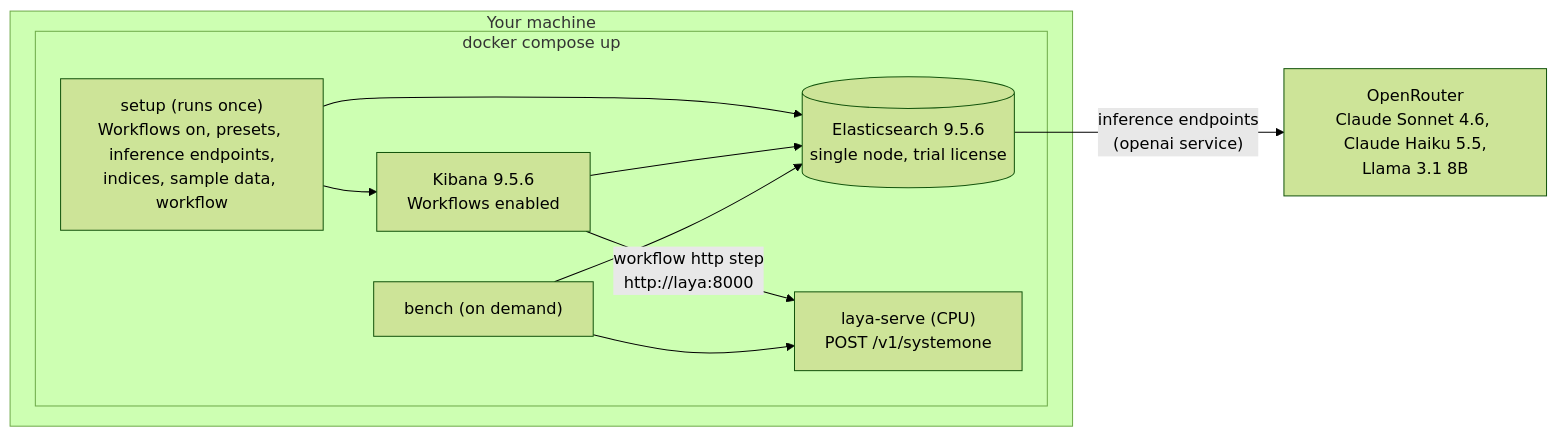
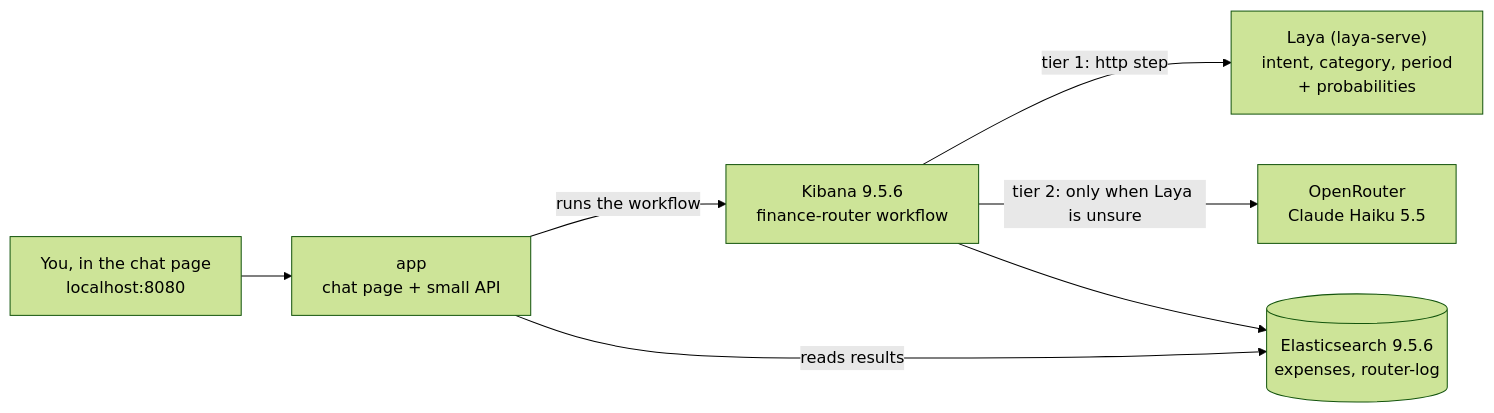
The first of 2 diagrams in README.md (Som23Git/two-tier-router-orchestration), drawn with Mermaid (forest theme) before and after one commit. The commit also changed other lines of this file and 11 other files, not shown here.

First line of the commit message:
Chat page, one-command start, benchmark tab and tutorial README

````diff
--- a/README.md
+++ b/README.md
@@ -45,19 +30,9 @@
 ```mermaid
 flowchart LR
-    subgraph HOST["Your machine"]
-        subgraph DC["docker compose up"]
-            ES[("Elasticsearch 9.5.6<br/>single node, trial license")]
-            KB["Kibana 9.5.6<br/>Workflows enabled"]
-            LA["laya-serve (CPU)<br/>POST /v1/systemone"]
-            SU["setup (runs once)<br/>Workflows on, presets, inference endpoints,<br/>indices, sample data, workflow"]
-            BE["bench (on demand)"]
-            SU --> ES
-            SU --> KB
-            KB -- "workflow http step<br/>http://laya:8000" --> LA
-            KB --> ES
-            BE --> LA
-            BE --> ES
-        end
-    end
-    ES -- "inference endpoints<br/>(openai service)" --> OR["OpenRouter<br/>Claude Sonnet 4.6, Claude Haiku 5.5,<br/>Llama 3.1 8B"]
+    U["You, in the chat page<br/>localhost:8080"] --> APP["app<br/>chat page + small API"]
+    APP -- "runs the workflow" --> KB["Kibana 9.5.6<br/>finance-router workflow"]
+    KB -- "tier 1: http step" --> LA["Laya (laya-serve)<br/>intent, category, period<br/>+ probabilities"]
+    KB -- "tier 2: only when Laya is unsure" --> OR["OpenRouter<br/>Claude Haiku 5.5"]
+    KB --> ES[("Elasticsearch 9.5.6<br/>expenses, router-log")]
+    APP -- "reads results" --> ES
 ```
````
